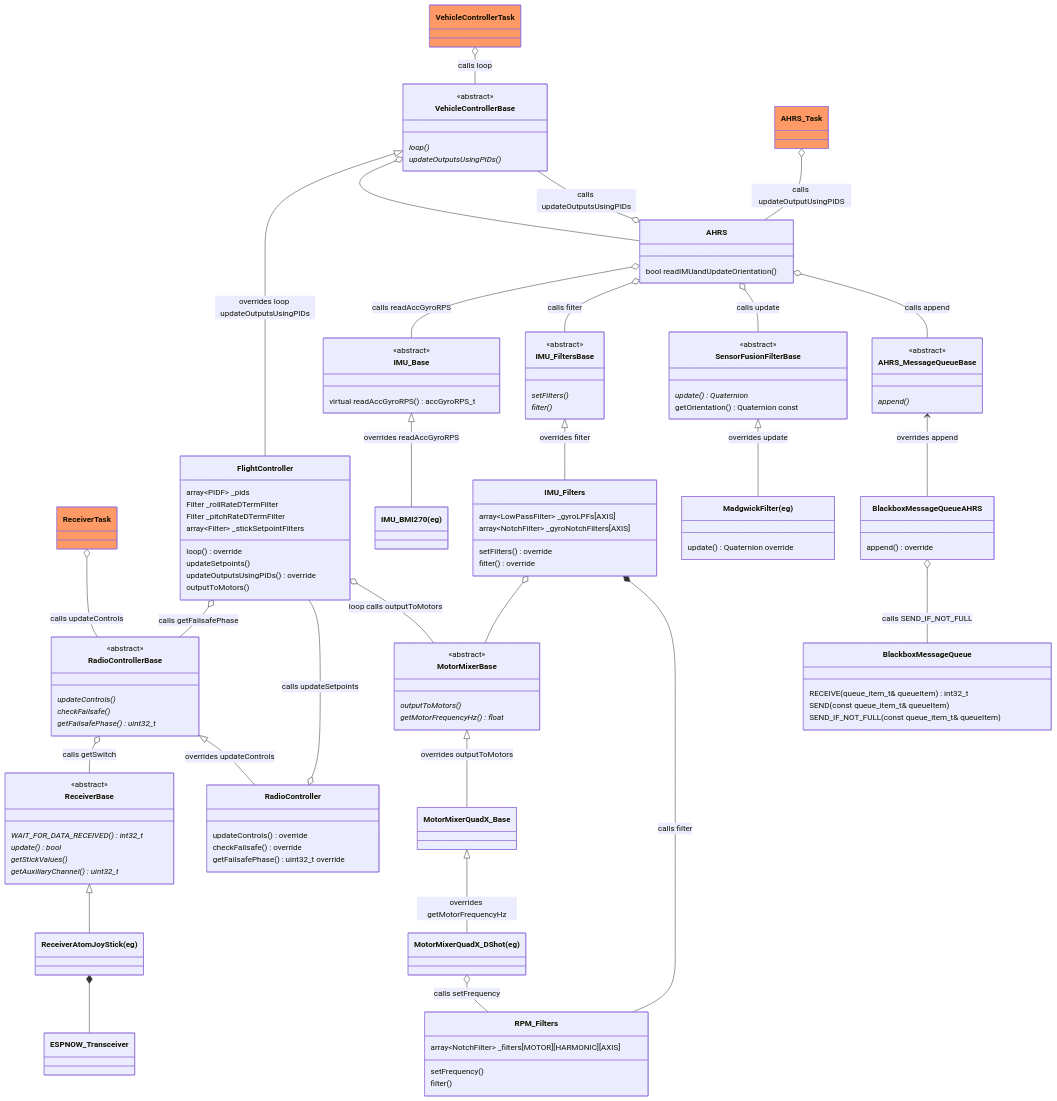
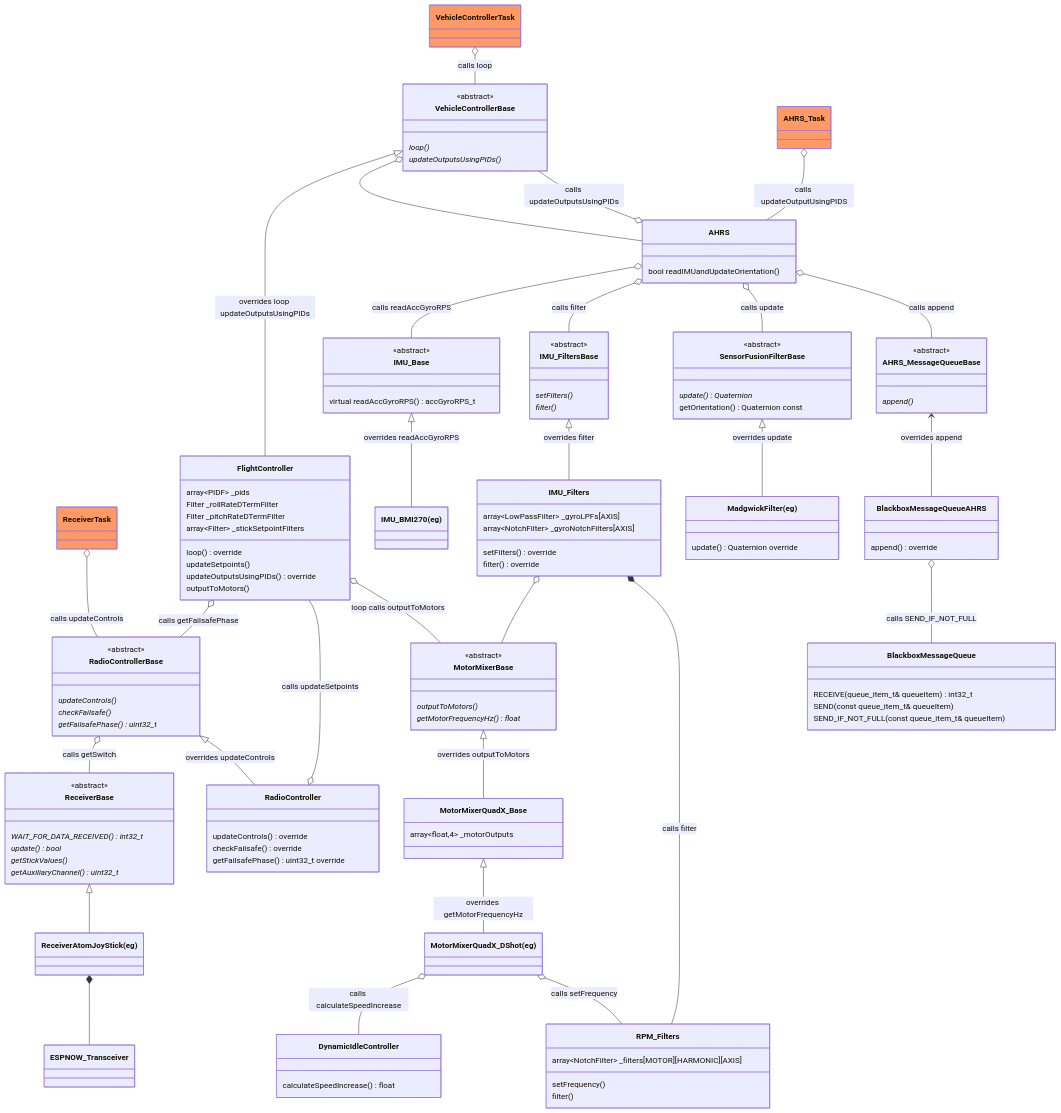
Before and after one commit to martinbudden/Protoflight: the first of 5 diagrams in README.md, drawn with Mermaid. The commit also changed other lines of this file and 9 other files, not shown here.

Commit message:
Made DynamicIdleController into its own class.

```diff
--- a/README.md
+++ b/README.md
@@ -258,14 +259,17 @@
         <<abstract>>
         append() *
     }
+    link AHRS_MessageQueueBase "https://github.com/martinbudden/Library-StabilizedVehicle/blob/main/src/AHRS_MessageQueueBase.h"
     class BlackboxMessageQueueAHRS {
         append() override
     }
+    link BlackboxMessageQueueAHRS "https://github.com/martinbudden/protoflight/blob/main/lib/Blackbox/src/BlackboxMessageQueueAHRS.h"
     class BlackboxMessageQueue {
         RECEIVE(queue_item_t& queueItem) int32_t
         SEND(const queue_item_t& queueItem)
         SEND_IF_NOT_FULL(const queue_item_t& queueItem)
     }
+    link BlackboxMessageQueue "https://github.com/martinbudden/protoflight/blob/main/lib/Blackbox/src/BlackboxMessageQueue.h"
     AHRS_MessageQueueBase <-- BlackboxMessageQueueAHRS : overrides append
     BlackboxMessageQueueAHRS o-- BlackboxMessageQueue : calls SEND_IF_NOT_FULL
 
@@ -382,11 +386,18 @@
     IMU_Filters *-- RPM_Filters : calls filter
 
     MotorMixerQuadX_Base <|-- MotorMixerQuadX_DShot : overrides getMotorFrequencyHz
-    class MotorMixerQuadX_Base
+    class MotorMixerQuadX_Base {
+        array~float,4~ _motorOutputs
+    }
     link MotorMixerQuadX_Base "https://github.com/martinbudden/protoflight/blob/main/lib/MotorMixers/src/MotorMixerQuadX_Base.h"
 
+    class DynamicIdleController {
+        calculateSpeedIncrease() float
+    }
+    link DynamicIdleController "https://github.com/martinbudden/protoflight/blob/main/lib/MotorMixers/src/DynamicIdleController.h"
     class MotorMixerQuadX_DShot["MotorMixerQuadX_DShot(eg)"]
     link MotorMixerQuadX_DShot "https://github.com/martinbudden/protoflight/blob/main/lib/MotorMixers/src/MotorMixerQuadX_DShot.h"
+    MotorMixerQuadX_DShot o-- DynamicIdleController : calls calculateSpeedIncrease
     MotorMixerQuadX_DShot o-- RPM_Filters : calls setFrequency
 
     IMU_Base <|-- IMU_BMI270 : overrides readAccGyroRPS
```
